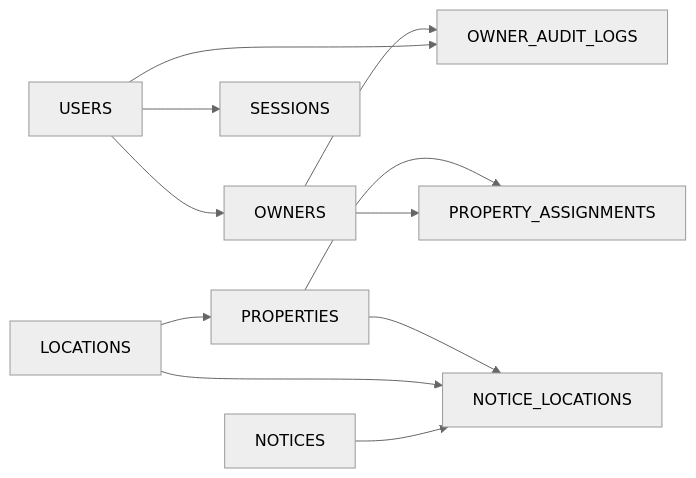
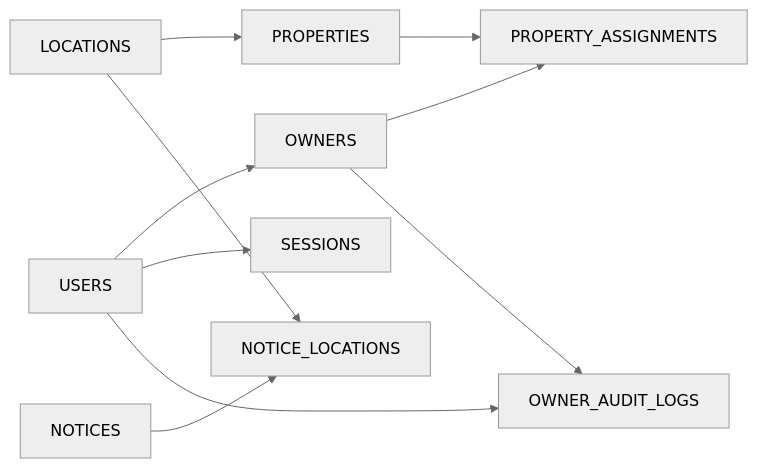
Before and after one commit to amaiagalvez/madaia33: the first of 4 diagrams in .github/skills/database-schema-mermaid/SKILL.md, drawn with Mermaid (neutral theme). The commit also changed other lines of this file and 12 other files, not shown here.

````diff
--- a/.github/skills/database-schema-mermaid/SKILL.md
+++ b/.github/skills/database-schema-mermaid/SKILL.md
@@ -34,13 +34,12 @@
 ```mermaid
 flowchart LR
     USERS --> OWNERS
     USERS --> SESSIONS
     USERS --> OWNER_AUDIT_LOGS
     OWNERS --> PROPERTY_ASSIGNMENTS
     OWNERS --> OWNER_AUDIT_LOGS
     LOCATIONS --> PROPERTIES
     PROPERTIES --> PROPERTY_ASSIGNMENTS
     NOTICES --> NOTICE_LOCATIONS
     LOCATIONS --> NOTICE_LOCATIONS
-    PROPERTIES --> NOTICE_LOCATIONS
 ```
````
